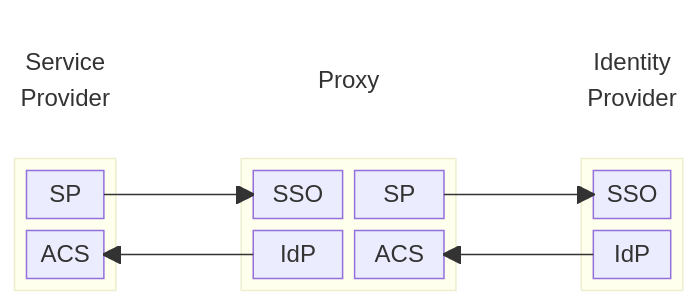
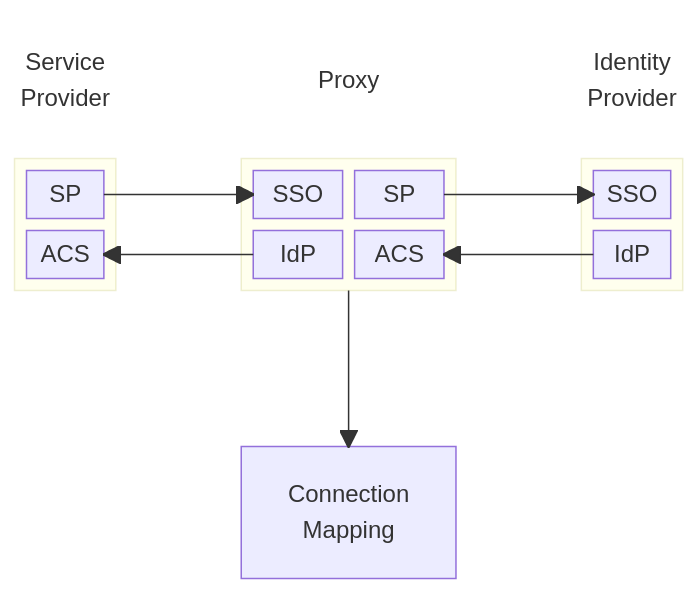
The first of 2 diagrams in README.md (mikehadlow/samlproxy), drawn with Mermaid before and after one commit.

Commit message:
block spacing

````diff
--- a/README.md
+++ b/README.md
@@ -6,47 +6,54 @@
 ```mermaid
 block-beta
 columns 6
 
     %% Headers
     h1["Service<br/>Provider"]
     space
     h2["Proxy"]:2
     space
     h3["Identity<br/>Provider"]
 
     style h1 fill:none,stroke:none
     style h2 fill:none,stroke:none
     style h3 fill:none,stroke:none
 
     %% Service Provider
     block:a
     columns 1
       a1["SP"]
       a2["ACS"]
     end
 
     space:1
 
     %% Proxy
     block:b:2
     columns 2
       b1["SSO"]
       b2["SP"]
       b3["IdP"]
       b4["ACS"]
     end
 
     space:1
 
     %% IdP
     block:c
     columns 1
       c1["SSO"]
       c2{"IdP"]
     end
 
+    space:6
+    space:2
+    db["Connection<br/>Mapping"]:2
+    space:2
+
     a1-->b1
     b2-->c1
     c2-->b4
     b3-->a2
+
+    b-->db
 ```
````
